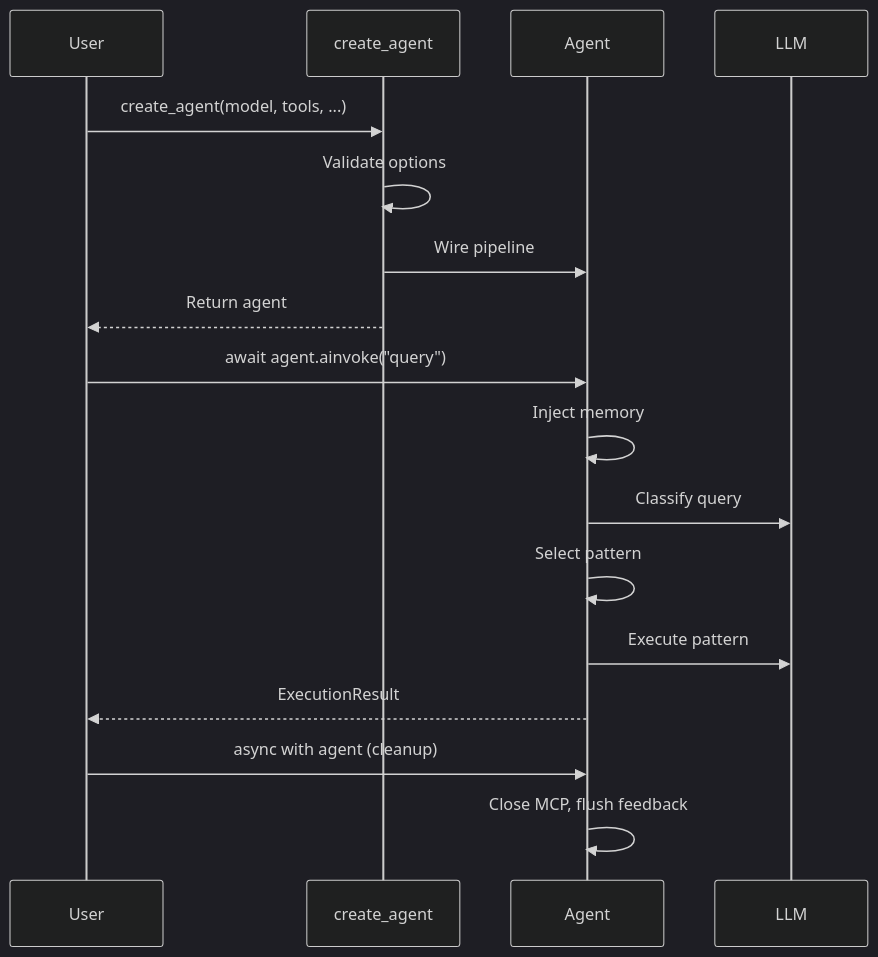
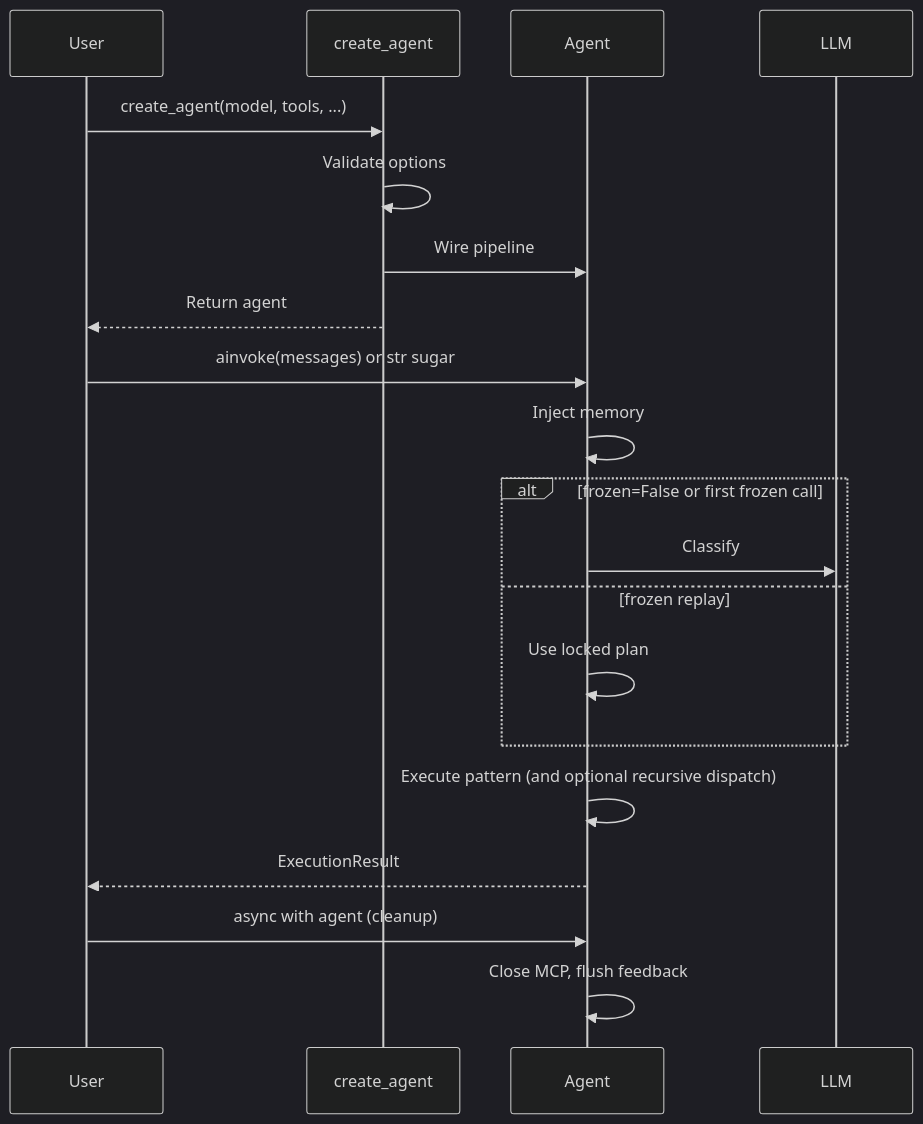
The diagram in agloom/docs/concepts/create-agent.md (HELLOMEDHIRA/agloom), drawn with Mermaid (dark theme) before and after one commit. The commit also changed other lines of this file and 47 other files, not shown here.

````diff
--- a/agloom/docs/concepts/create-agent.md
+++ b/agloom/docs/concepts/create-agent.md
@@ -185,22 +221,25 @@
 ```mermaid
 sequenceDiagram
     participant User
     participant create_agent
     participant Agent
     participant LLM
 
     User->>create_agent: create_agent(model, tools, ...)
     create_agent->>create_agent: Validate options
     create_agent->>Agent: Wire pipeline
     create_agent-->>User: Return agent
 
-    User->>Agent: await agent.ainvoke("query")
+    User->>Agent: ainvoke(messages) or str sugar
     Agent->>Agent: Inject memory
-    Agent->>LLM: Classify query
-    Agent->>Agent: Select pattern
-    Agent->>LLM: Execute pattern
+    alt frozen=False or first frozen call
+        Agent->>LLM: Classify
+    else frozen replay
+        Agent->>Agent: Use locked plan
+    end
+    Agent->>Agent: Execute pattern (and optional recursive dispatch)
     Agent-->>User: ExecutionResult
 
     User->>Agent: async with agent (cleanup)
     Agent->>Agent: Close MCP, flush feedback
 ```
````
